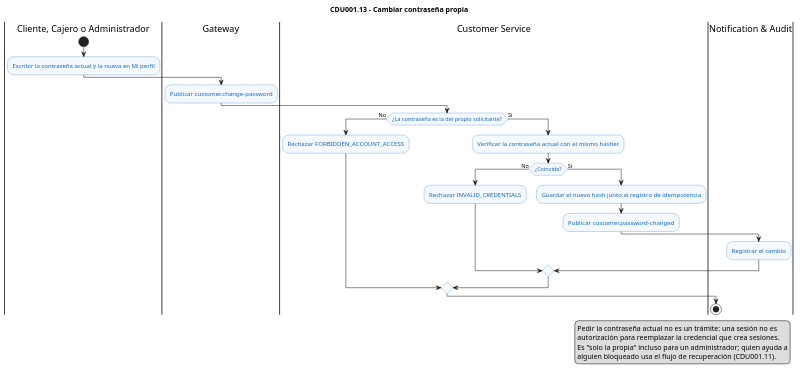
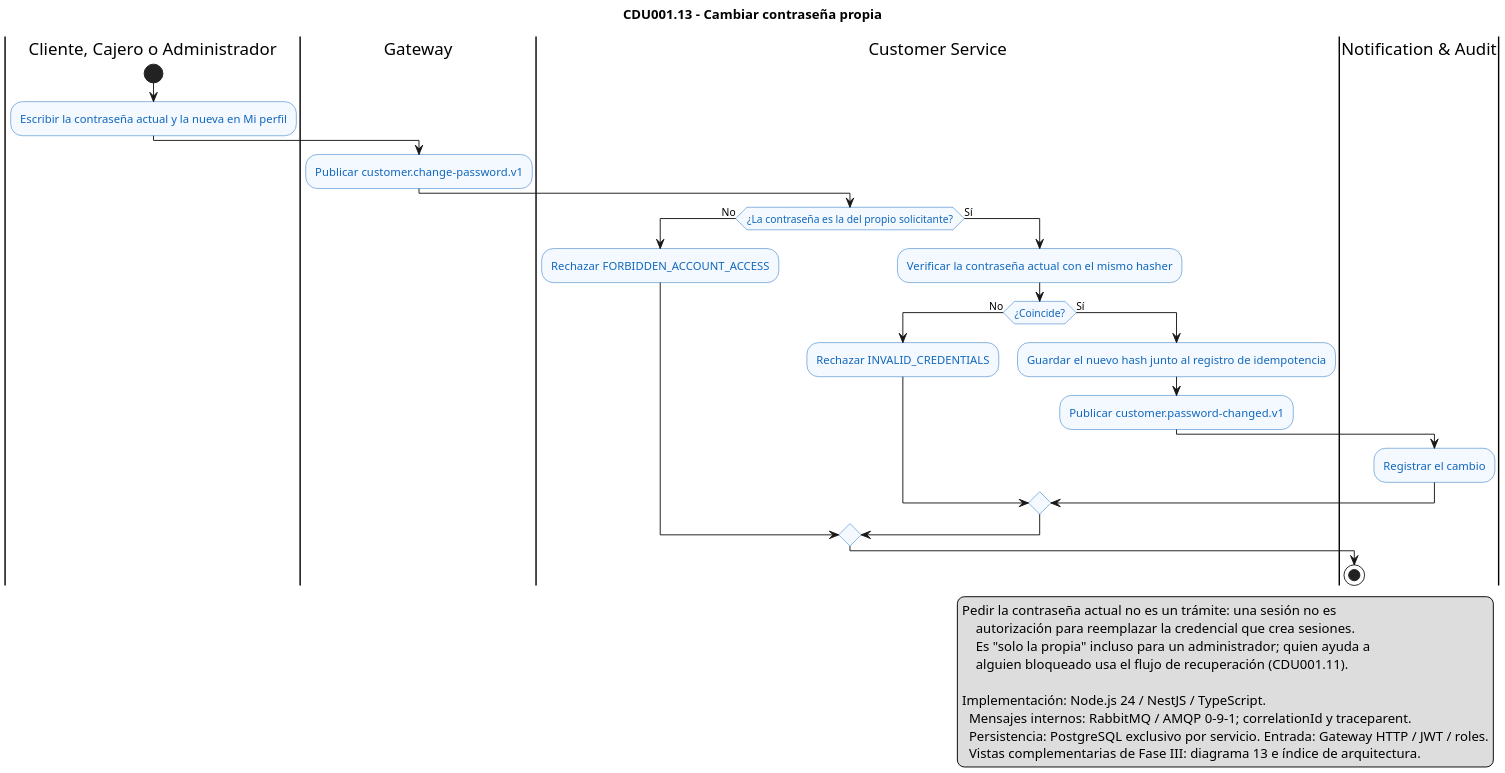
The diagram in docs/architecture/diagrams/cdu/customer/flujos/CDU001.13-cambiar-contrasena.puml (marcosbondel/Proyecto-SA-B-2), drawn with PlantUML before and after one commit. The commit also changed 74 other files, not shown here.

Commit message:
docs(cdu-er): actualizar casos de uso UML nativos, flujos de negocio y modelos ER fisicos

```diff
--- a/docs/architecture/diagrams/cdu/customer/flujos/CDU001.13-cambiar-contrasena.puml
+++ b/docs/architecture/diagrams/cdu/customer/flujos/CDU001.13-cambiar-contrasena.puml
@@ -1,38 +1,44 @@
 @startuml CDU001.13-cambiar-contrasena
 title CDU001.13 - Cambiar contraseña propia
 
 skinparam shadowing false
+skinparam dpi 180
 skinparam activity {
     BackgroundColor #F4F8FF
     BorderColor #1168BD
     FontColor #1168BD
 }
 
 |Cliente, Cajero o Administrador|
 start
 :Escribir la contraseña actual y la nueva en Mi perfil;
 |Gateway|
-:Publicar customer.change-password;
+:Publicar customer.change-password.v1;
 |Customer Service|
 if (¿La contraseña es la del propio solicitante?) then (No)
     :Rechazar FORBIDDEN_ACCOUNT_ACCESS;
 else (Sí)
     :Verificar la contraseña actual con el mismo hasher;
     if (¿Coincide?) then (No)
         :Rechazar INVALID_CREDENTIALS;
     else (Sí)
         :Guardar el nuevo hash junto al registro de idempotencia;
-        :Publicar customer.password-changed;
+        :Publicar customer.password-changed.v1;
         |Notification & Audit|
         :Registrar el cambio;
     endif
 endif
 stop
 
 legend right
-    Pedir la contraseña actual no es un trámite: una sesión no es
+Pedir la contraseña actual no es un trámite: una sesión no es
     autorización para reemplazar la credencial que crea sesiones.
     Es "solo la propia" incluso para un administrador; quien ayuda a
     alguien bloqueado usa el flujo de recuperación (CDU001.11).
+
+Implementación: Node.js 24 / NestJS / TypeScript.
+  Mensajes internos: RabbitMQ / AMQP 0-9-1; correlationId y traceparent.
+  Persistencia: PostgreSQL exclusivo por servicio. Entrada: Gateway HTTP / JWT / roles.
+  Vistas complementarias de Fase III: diagrama 13 e índice de arquitectura.
 endlegend
 @enduml
```
